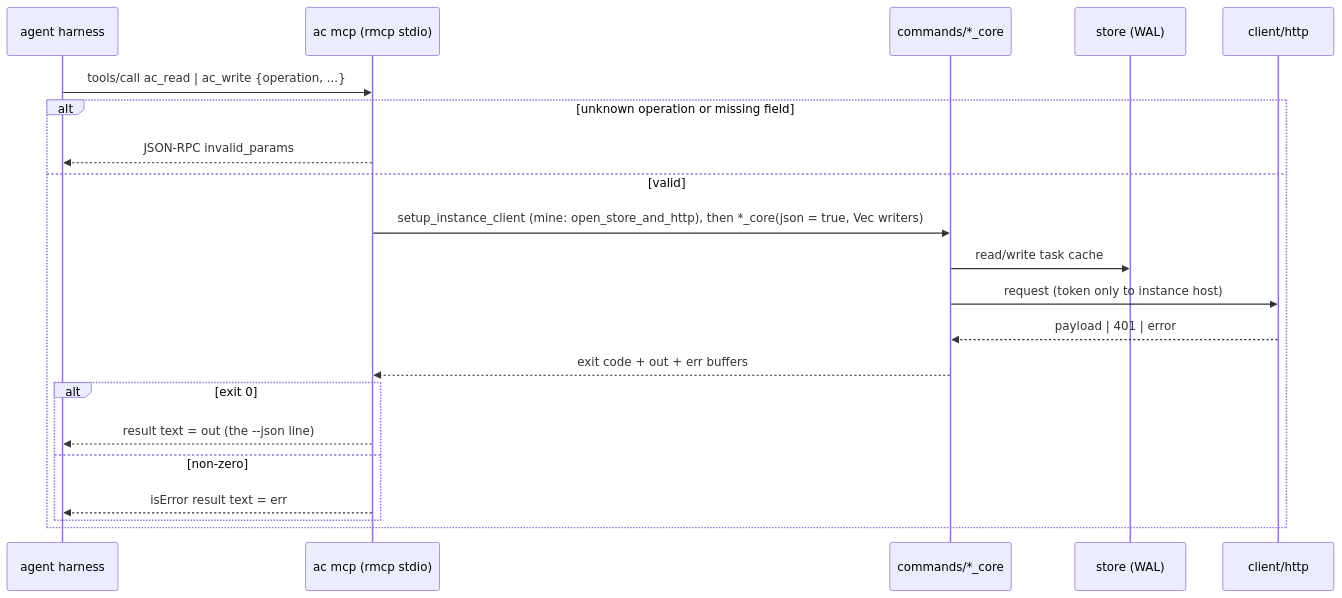
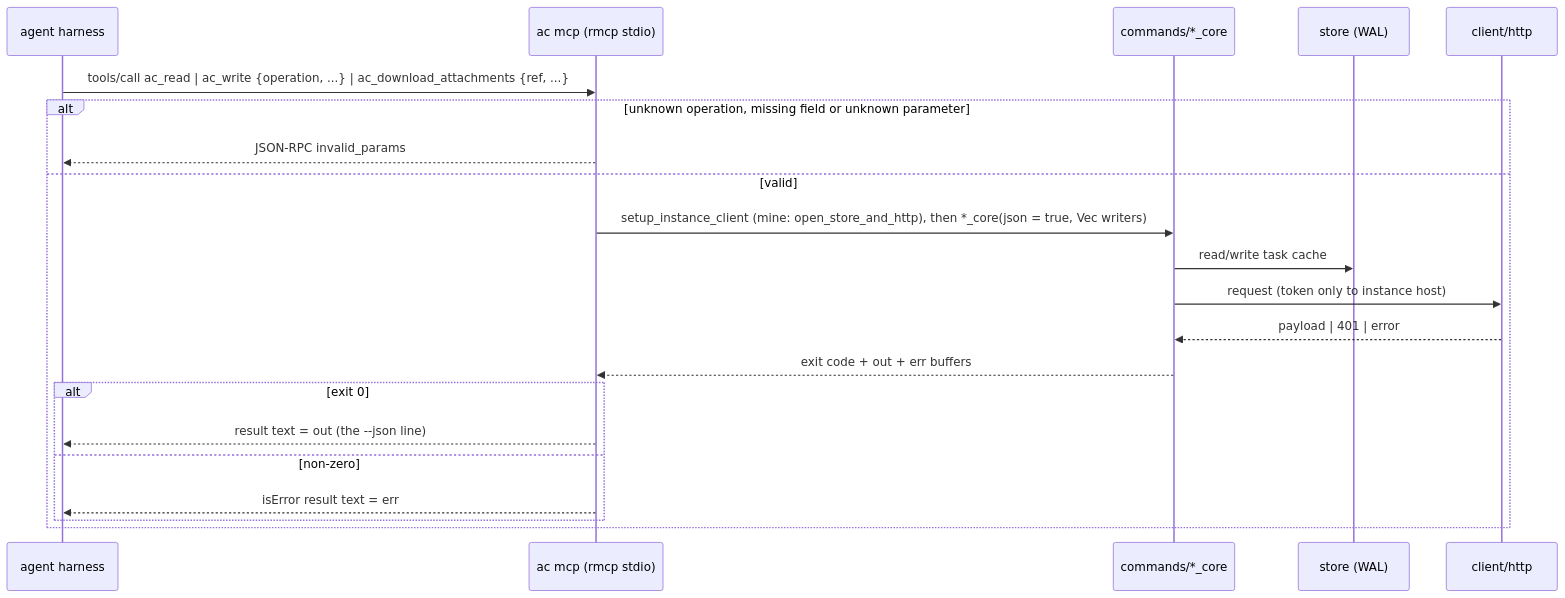
One commit to ejklock/active-collab-cli changed the third of 4 diagrams in docs/architecture.md. Above: the diagram before and after it, drawn with Mermaid. The commit also changed other lines of this file and 6 other files, not shown here.

First line of the commit message:
feat: serve the attachment download as its own mcp tool

````diff
--- a/docs/architecture.md
+++ b/docs/architecture.md
@@ -302,24 +304,24 @@
 ```mermaid
 sequenceDiagram
     participant Agent as agent harness
     participant Mcp as ac mcp (rmcp stdio)
     participant Core as commands/*_core
     participant Cache as store (WAL)
     participant API as client/http
 
-    Agent->>Mcp: tools/call ac_read | ac_write {operation, ...}
-    alt unknown operation or missing field
+    Agent->>Mcp: tools/call ac_read | ac_write {operation, ...} | ac_download_attachments {ref, ...}
+    alt unknown operation, missing field or unknown parameter
         Mcp-->>Agent: JSON-RPC invalid_params
     else valid
         Mcp->>Core: setup_instance_client (mine: open_store_and_http), then *_core(json = true, Vec writers)
         Core->>Cache: read/write task cache
         Core->>API: request (token only to instance host)
         API-->>Core: payload | 401 | error
         Core-->>Mcp: exit code + out + err buffers
         alt exit 0
             Mcp-->>Agent: result text = out (the --json line)
         else non-zero
             Mcp-->>Agent: isError result text = err
         end
     end
 ```
````
